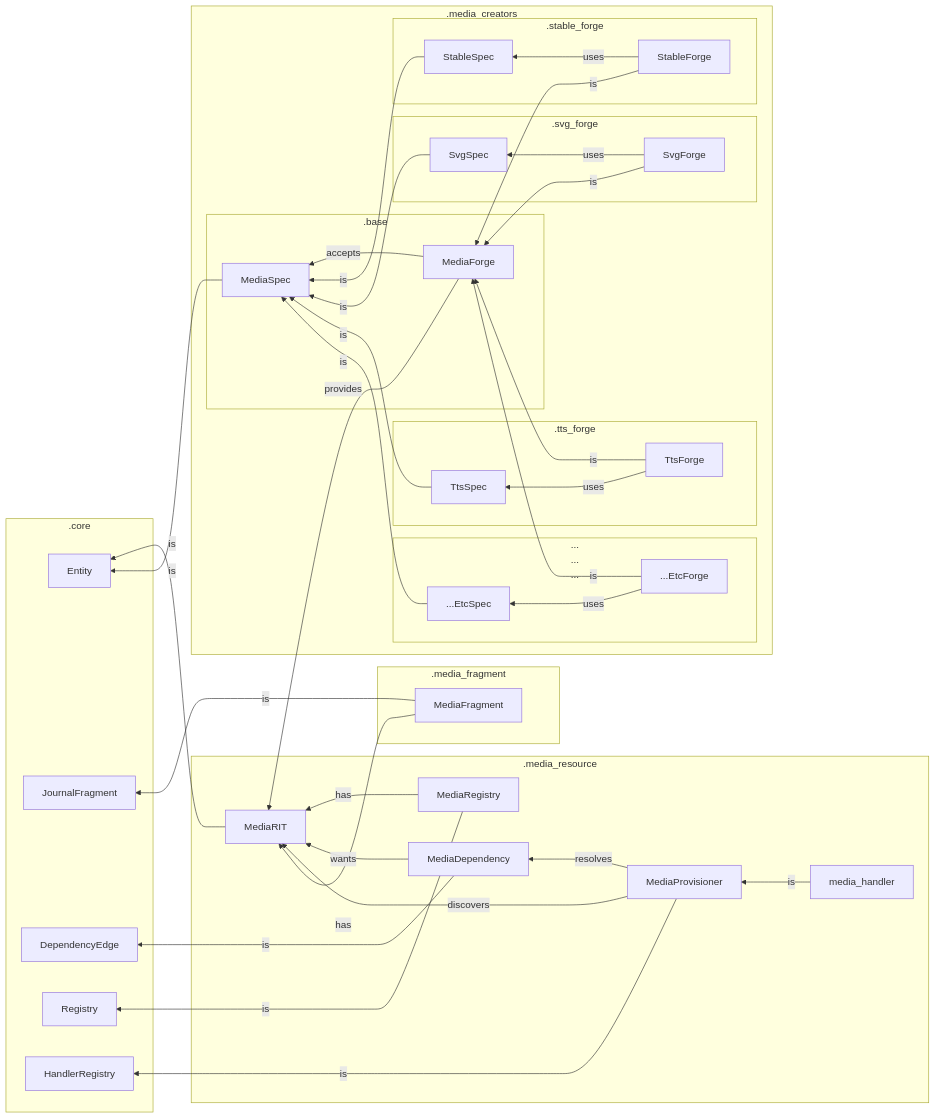
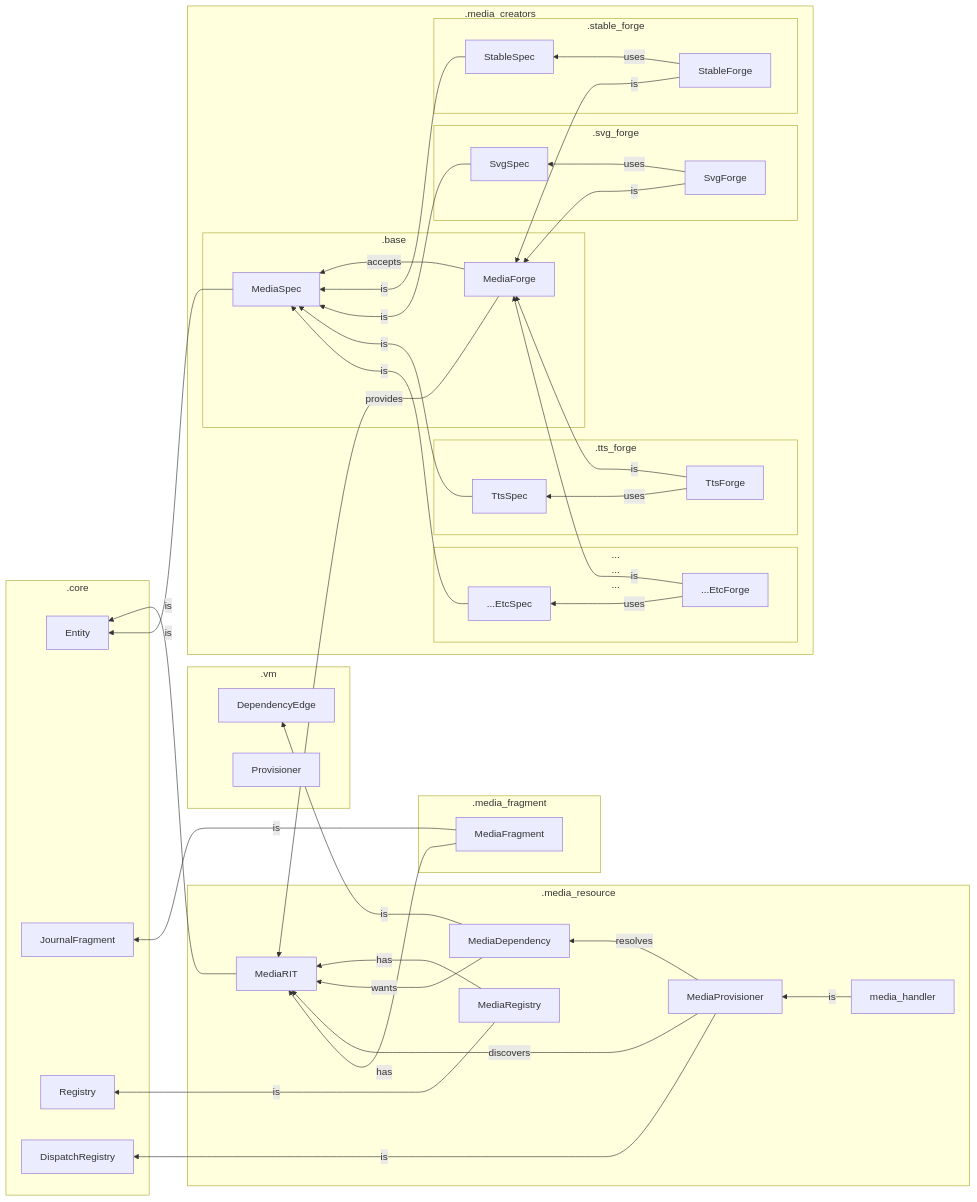
The diagram in engine/src/tangl/media/notes.md (derekmerck/storytangl), drawn with Mermaid before and after one commit. The commit also changed 39 other files, not shown here.

````diff
--- a/engine/src/tangl/media/notes.md
+++ b/engine/src/tangl/media/notes.md
@@ -31,57 +31,61 @@
 ```mermaid
 flowchart RL
     
     subgraph .core
         Entity
         JournalFragment
+        Registry
+        DispatchRegistry
+    end
+    
+    subgraph .vm
         DependencyEdge
-        Registry
-        HandlerRegistry
+        Provisioner
     end
  
     subgraph .media_resource
         MediaRIT -- is --> Entity
         MediaRegistry -- is --> Registry
         MediaRegistry -- has --> MediaRIT
         MediaDependency -- is --> DependencyEdge
         MediaDependency -- wants --> MediaRIT
-        MediaProvisioner -- is --> HandlerRegistry
+        MediaProvisioner -- is --> DispatchRegistry
         MediaProvisioner -- discovers --> MediaRIT
         MediaProvisioner -- resolves --> MediaDependency
         media_handler -- is --> MediaProvisioner
     end
     
     subgraph .media_creators
         subgraph .base
             MediaSpec -- is --> Entity
             MediaForge -- accepts --> MediaSpec
             MediaForge -- provides --> MediaRIT
         end
         subgraph .stable_forge
             StableForge -- is --> MediaForge
             StableSpec -- is --> MediaSpec
             StableForge -- uses --> StableSpec
         end
         subgraph .svg_forge
             SvgForge -- is --> MediaForge
             SvgSpec -- is --> MediaSpec
             SvgForge -- uses --> SvgSpec
         end
         subgraph .tts_forge
             TtsForge -- is --> MediaForge
             TtsSpec -- is --> MediaSpec
             TtsForge -- uses --> TtsSpec
         end
         subgraph ...\n...\n...
             ...EtcForge -- is --> MediaForge
             ...EtcSpec -- is --> MediaSpec
             ...EtcForge -- uses --> ...EtcSpec
         end
     end
 
     subgraph .media_fragment 
         MediaFragment -- is --> JournalFragment
         MediaFragment -- has --> MediaRIT     
     end
     
 ```
````
